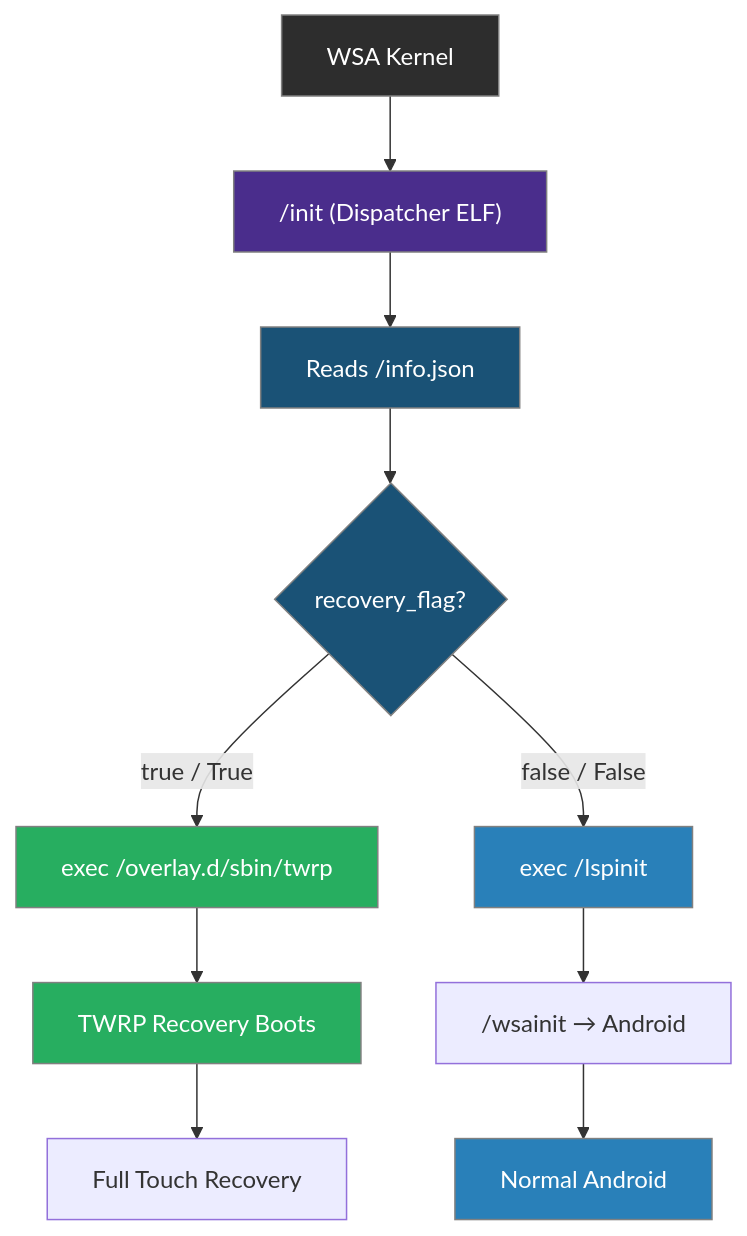
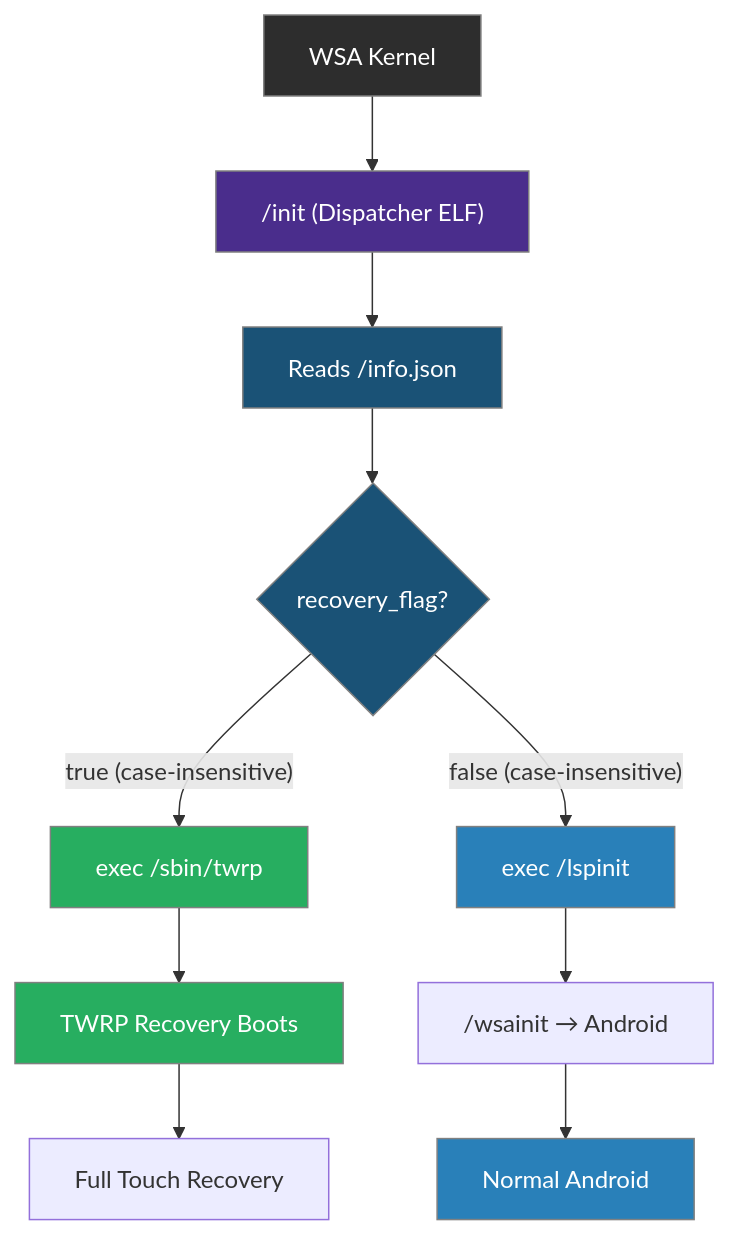
One commit to WSA-Installer/twrp-for-wsa changed the first of 2 diagrams in docs/architecture.md. Above: the diagram before and after it, drawn with Mermaid. The commit also changed other lines of this file and 16 other files, not shown here.

````diff
--- a/docs/architecture.md
+++ b/docs/architecture.md
@@ -58,21 +58,21 @@
 ```mermaid
 flowchart TD
     A[WSA Kernel] --> B["/init (Dispatcher ELF)"]
     B --> C[Reads /info.json]
     C --> D{recovery_flag?}
-    D -->|"true / True"| E["exec /overlay.d/sbin/twrp"]
-    D -->|"false / False"| F["exec /lspinit"]
+    D -->|"true (case-insensitive)"| E["exec /sbin/twrp"]
+    D -->|"false (case-insensitive)"| F["exec /lspinit"]
     E --> G[TWRP Recovery Boots]
     F --> H["/wsainit → Android"]
     G --> I[Full Touch Recovery]
     H --> J[Normal Android]
 
     style A fill:#2d2d2d,stroke:#808080,color:#fff
     style B fill:#4a2d8c,stroke:#808080,color:#fff
     style C fill:#1a5276,stroke:#808080,color:#fff
     style D fill:#1a5276,stroke:#808080,color:#fff
     style E fill:#27ae60,stroke:#808080,color:#fff
     style F fill:#2980b9,stroke:#808080,color:#fff
     style G fill:#27ae60,stroke:#808080,color:#fff
     style J fill:#2980b9,stroke:#808080,color:#fff
 ```
````
